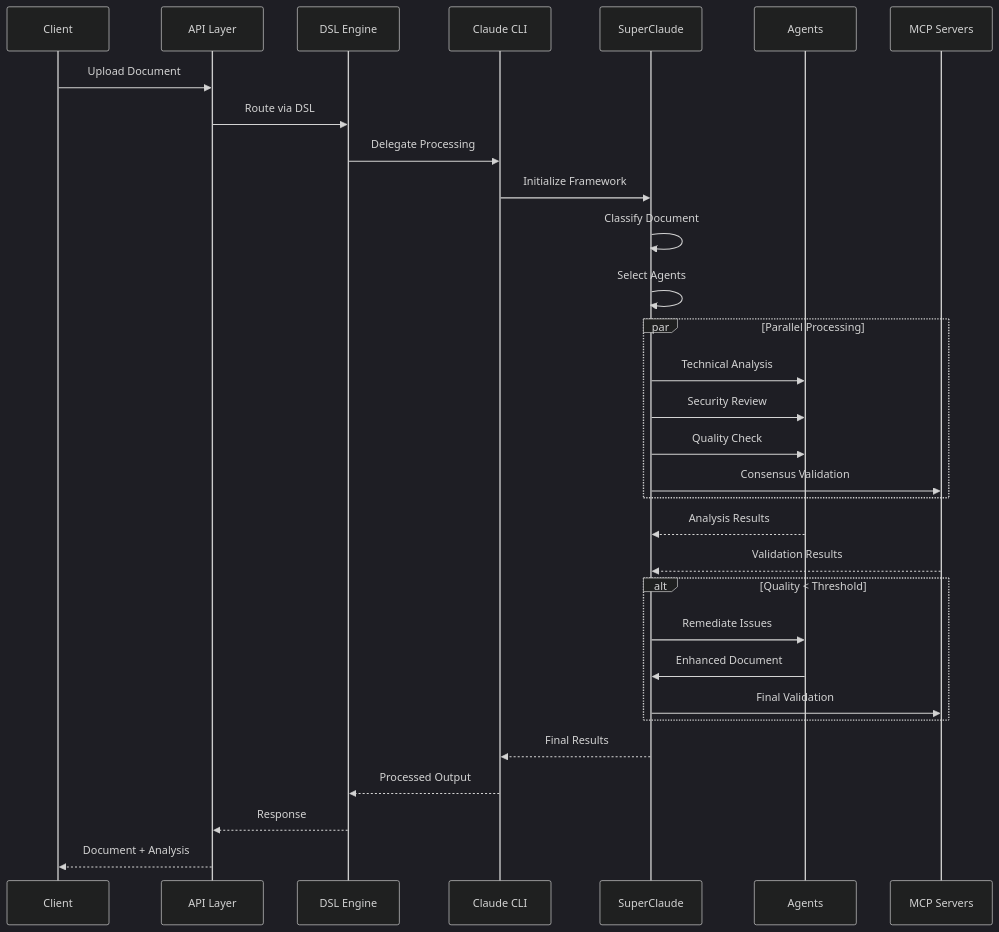
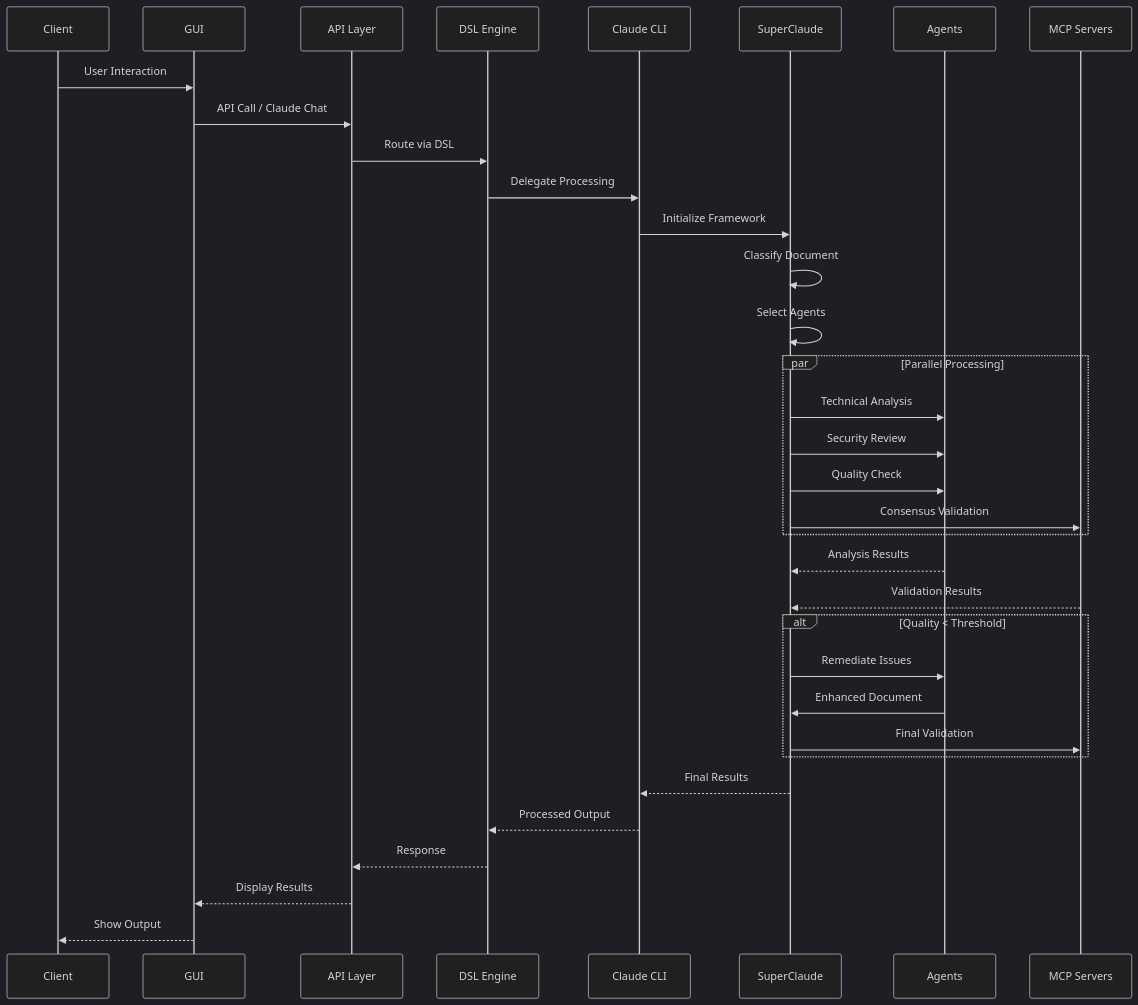
Before and after one commit to Tony363/DocAutomate: the second of 8 diagrams in README.md, drawn with Mermaid (dark theme). The commit also changed other lines of this file and 1 other file, not shown here.

````diff
--- a/README.md
+++ b/README.md
@@ -161,39 +148,42 @@
 ```mermaid
 sequenceDiagram
     participant C as Client
+    participant G as GUI
     participant A as API Layer
     participant D as DSL Engine
     participant CL as Claude CLI
     participant SC as SuperClaude
     participant AG as Agents
     participant MCP as MCP Servers
 
-    C->>A: Upload Document
+    C->>G: User Interaction
+    G->>A: API Call / Claude Chat
     A->>D: Route via DSL
     D->>CL: Delegate Processing
     CL->>SC: Initialize Framework
     
     SC->>SC: Classify Document
     SC->>SC: Select Agents
     
     par Parallel Processing
         SC->>AG: Technical Analysis
         SC->>AG: Security Review
         SC->>AG: Quality Check
         SC->>MCP: Consensus Validation
     end
     
     AG-->>SC: Analysis Results
     MCP-->>SC: Validation Results
     
     alt Quality < Threshold
         SC->>AG: Remediate Issues
         AG->>SC: Enhanced Document
         SC->>MCP: Final Validation
     end
     
     SC-->>CL: Final Results
     CL-->>D: Processed Output
     D-->>A: Response
-    A-->>C: Document + Analysis
+    A-->>G: Display Results
+    G-->>C: Show Output
 ```
````
